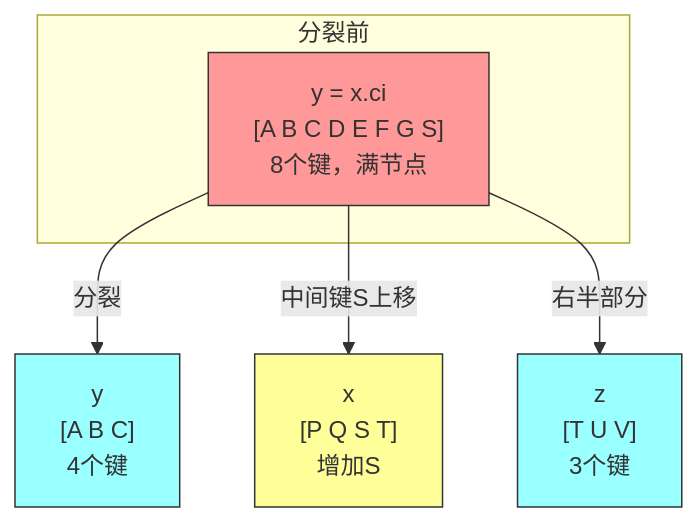
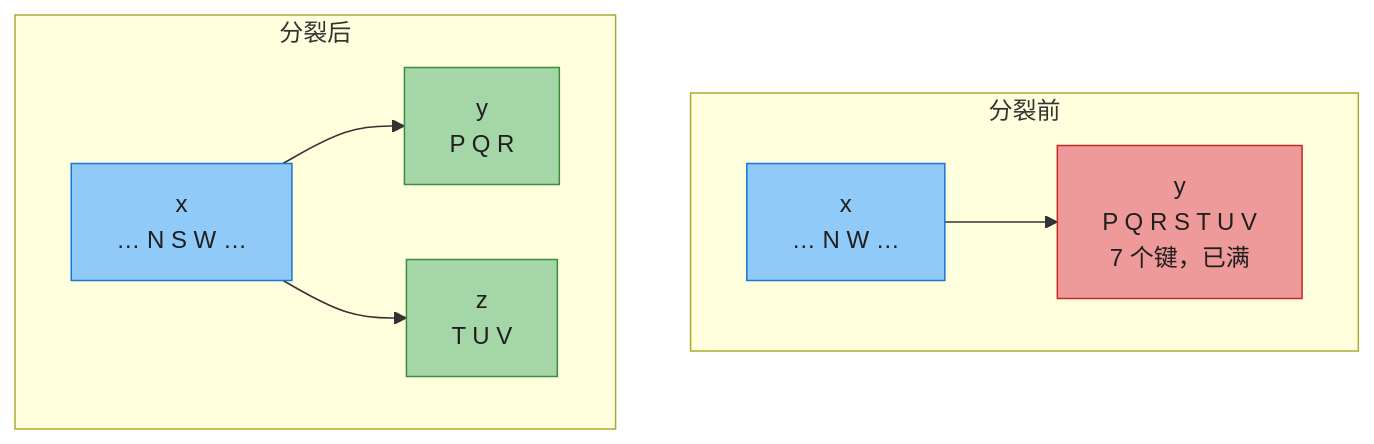
One commit to socoo123/book_reading changed the second of 12 diagrams in IntroductionToAlgorithms/Chapter18_B树_深度版.md. Above: the diagram before and after it, drawn with Mermaid. The commit also changed other lines of this file and 30 other files, not shown here.

````diff
--- a/IntroductionToAlgorithms/Chapter18_B树_深度版.md
+++ b/IntroductionToAlgorithms/Chapter18_B树_深度版.md
@@ -299,15 +147,17 @@
 ```mermaid
 graph TD
-    subgraph 分裂前
-    Y["y = x.ci<br/>[A B C D E F G S]<br/>8个键，满节点"]
+    subgraph Before["分裂前"]
+        X1["x<br/>… N W …"] --> Y1["y<br/>P Q R S T U V<br/>7 个键，已满"]
+    end
+    subgraph After["分裂后"]
+        X2["x<br/>… N S W …"] --> Y2["y<br/>P Q R"]
+        X2 --> Z2["z<br/>T U V"]
     end
 
-    Y --> |分裂| Y2["y<br/>[A B C]<br/>4个键"]
-    Y --> |中间键S上移| Parent["x<br/>[P Q S T]<br/>增加S"]
-    Y --> |右半部分| Z["z<br/>[T U V]<br/>3个键"]
-
-    style Y fill:#f99,stroke:#333
-    style Y2 fill:#9ff,stroke:#333
-    style Z fill:#9ff,stroke:#333
-    style Parent fill:#ff9,stroke:#333
+    classDef parent fill:#90CAF9,stroke:#1976D2,color:#1f1f1f;
+    classDef full fill:#EF9A9A,stroke:#C62828,color:#1f1f1f;
+    classDef half fill:#A5D6A7,stroke:#388E3C,color:#1f1f1f;
+    class X1,X2 parent;
+    class Y1 full;
+    class Y2,Z2 half;
 ```
````
